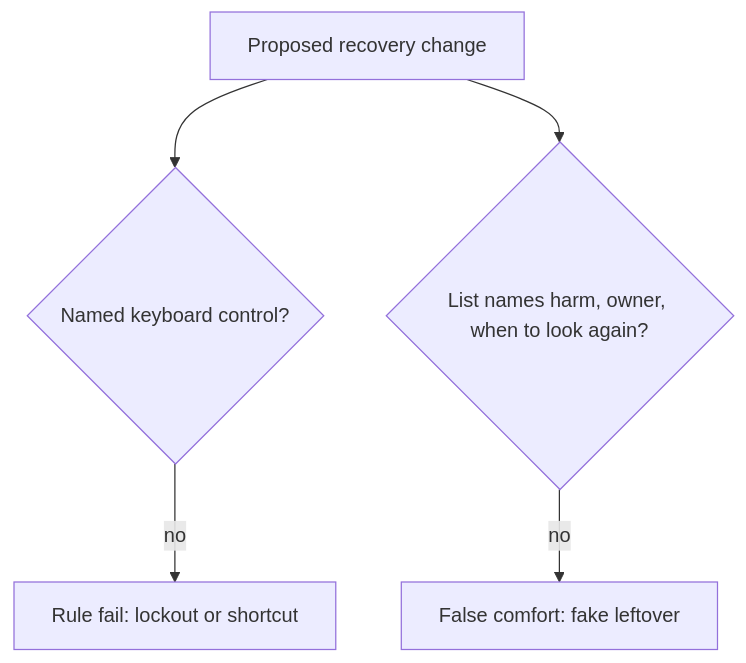
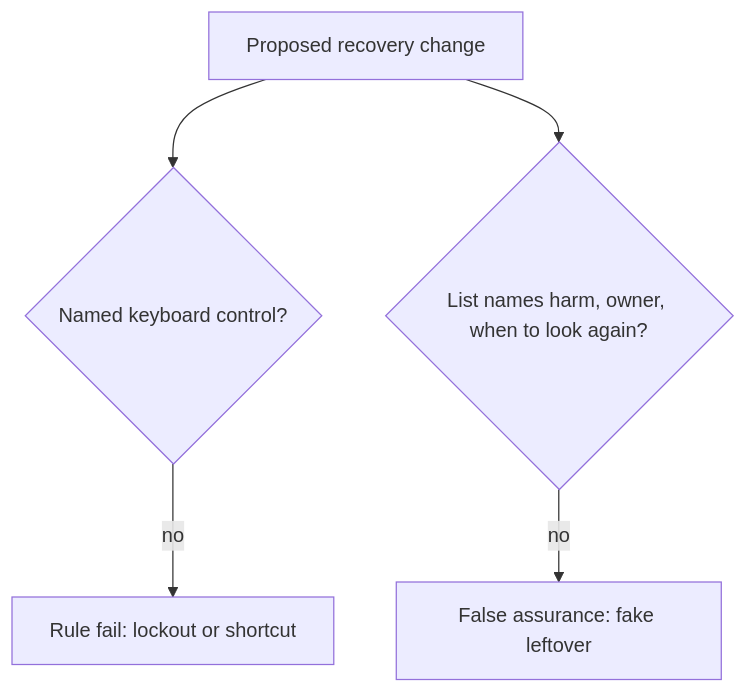
Before and after one commit to ishitvagoel/LearnSecurity: the diagram in content/modules/1/1.4/lessons/08-review.md, drawn with Mermaid. The commit also changed other lines of this file and 240 other files, not shown here.

````diff
--- a/content/modules/1/1.4/lessons/08-review.md
+++ b/content/modules/1/1.4/lessons/08-review.md
@@ -18,7 +18,7 @@
 ```mermaid
 flowchart TD
   PR[Proposed recovery change] --> Q1{Named keyboard control?}
   PR --> Q2{List names harm, owner, when to look again?}
   Q1 -->|no| Fail1[Rule fail: lockout or shortcut]
-  Q2 -->|no| Fail2[False comfort: fake leftover]
+  Q2 -->|no| Fail2[False assurance: fake leftover]
 ```
````
